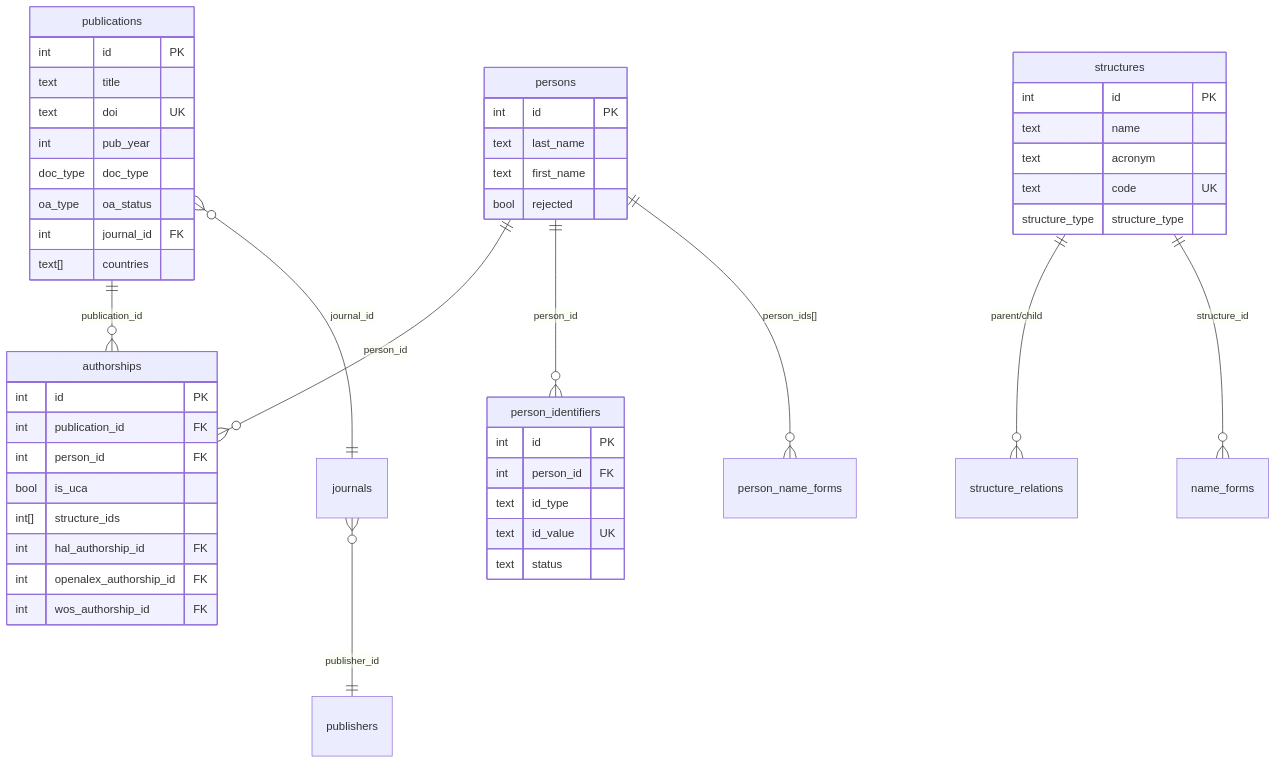
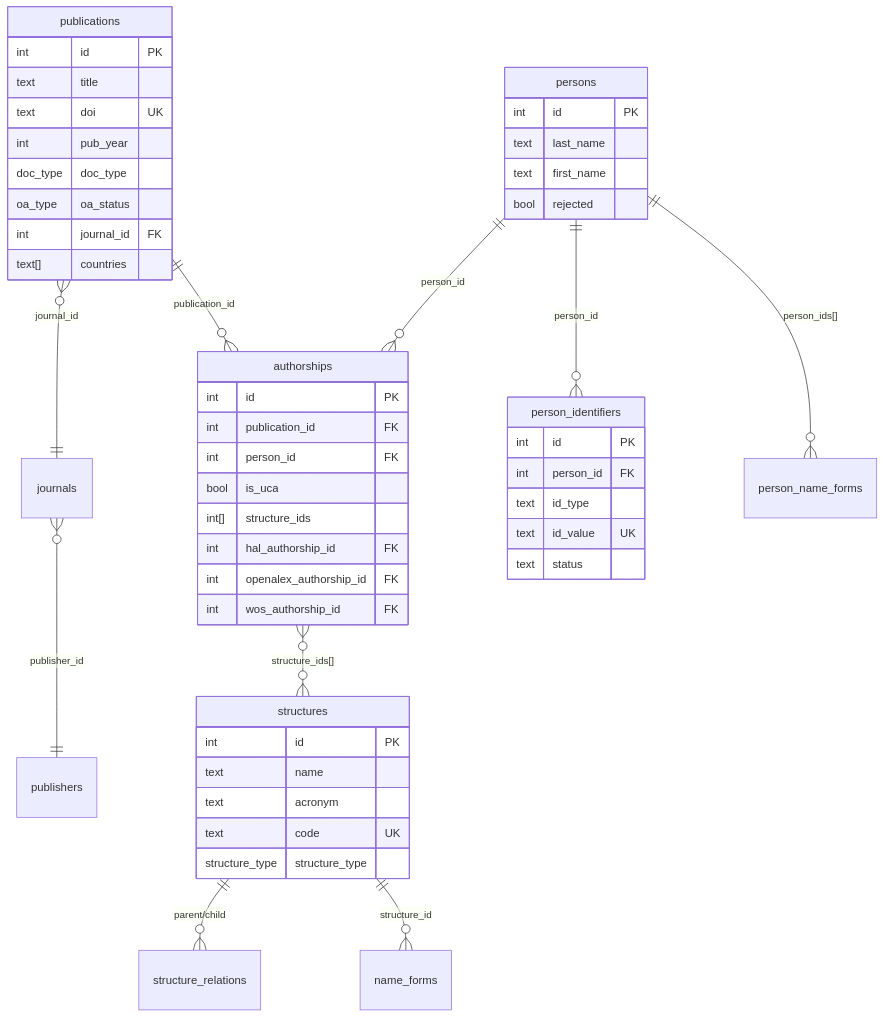
The diagram in docs/architecture.md (Y33sha/bibliometrie-uca), drawn with Mermaid before and after one commit. The commit also changed other lines of this file and 2 other files, not shown here.

First line of the commit message:
ROADMAP.md : consolidation des TODO en chantiers classés par effort

````diff
--- a/docs/architecture.md
+++ b/docs/architecture.md
@@ -34,52 +31,54 @@
 ```mermaid
 erDiagram
+    publications }o--|| journals : "journal_id"
+    journals }o--|| publishers : "publisher_id"
     publications ||--o{ authorships : "publication_id"
     persons ||--o{ authorships : "person_id"
     persons ||--o{ person_identifiers : "person_id"
     persons ||--o{ person_name_forms : "person_ids[]"
-    publications }o--|| journals : "journal_id"
-    journals }o--|| publishers : "publisher_id"
+    
+    authorships }o--o{ structures : "structure_ids[]"
     structures ||--o{ structure_relations : "parent/child"
     structures ||--o{ name_forms : "structure_id"
 
     publications {
         int id PK
         text title
         text doi UK
         int pub_year
         doc_type doc_type
         oa_type oa_status
         int journal_id FK
         text[] countries
     }
     persons {
         int id PK
         text last_name
         text first_name
         bool rejected
     }
     authorships {
         int id PK
         int publication_id FK
         int person_id FK
         bool is_uca
         int[] structure_ids
         int hal_authorship_id FK
         int openalex_authorship_id FK
         int wos_authorship_id FK
     }
     person_identifiers {
         int id PK
         int person_id FK
         text id_type
         text id_value UK
         text status
     }
     structures {
         int id PK
         text name
         text acronym
         text code UK
         structure_type structure_type
     }
 ```
````
